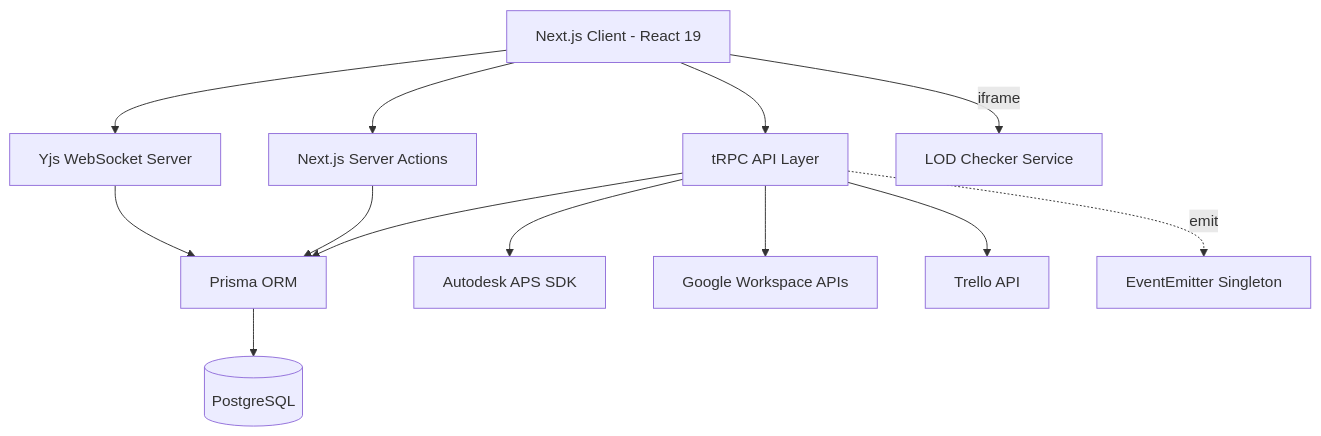
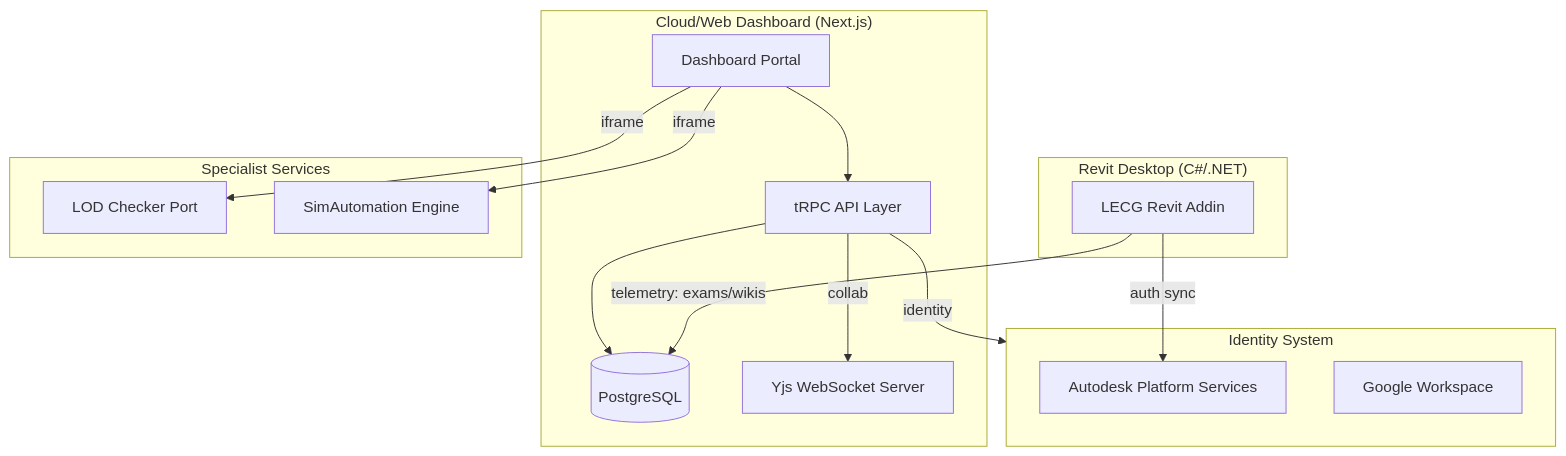
The diagram in .gsd/ARCHITECTURE.md (lecgarq/Dashboard), drawn with Mermaid before and after one commit. The commit also changed other lines of this file and 2 other files, not shown here.

````diff
--- a/.gsd/ARCHITECTURE.md
+++ b/.gsd/ARCHITECTURE.md
@@ -11,27 +9,32 @@
 ```mermaid
 graph TD
-    Client[Next.js Client - React 19]
-    TRPC[tRPC API Layer]
-    Actions[Next.js Server Actions]
-    Prisma[Prisma ORM]
-    DB[(PostgreSQL)]
-    APS[Autodesk APS SDK]
-    Google[Google Workspace APIs]
-    Trello[Trello API]
-    Yjs[Yjs WebSocket Server]
-    LOD[LOD Checker Service]
-    Events[EventEmitter Singleton]
+    subgraph Desktop["Revit Desktop (C#/.NET)"]
+        Addin[LECG Revit Addin]
+    end
 
-    Client --> TRPC
-    Client --> Actions
-    Client --> Yjs
-    Client -- iframe --> LOD
-    TRPC --> Prisma
-    Actions --> Prisma
-    Prisma --> DB
-    TRPC --> APS
-    TRPC --> Google
-    TRPC --> Trello
-    TRPC -. emit .-> Events
-    Yjs --> Prisma
+    subgraph Dashboard["Cloud/Web Dashboard (Next.js)"]
+        Web[Dashboard Portal]
+        TRPC[tRPC API Layer]
+        DB[(PostgreSQL)]
+        Yjs[Yjs WebSocket Server]
+    end
+
+    subgraph Specialists["Specialist Services"]
+        LOD[LOD Checker Port]
+        Sim[SimAutomation Engine]
+    end
+
+    subgraph Auth["Identity System"]
+        APS[Autodesk Platform Services]
+        Google[Google Workspace]
+    end
+
+    Addin -- telemetry: exams/wikis --> DB
+    Addin -- auth sync --> APS
+    Web --> TRPC
+    TRPC --> DB
+    Web -- iframe --> LOD
+    Web -- iframe --> Sim
+    TRPC -- collab --> Yjs
+    TRPC -- identity --> Auth
 ```
````
